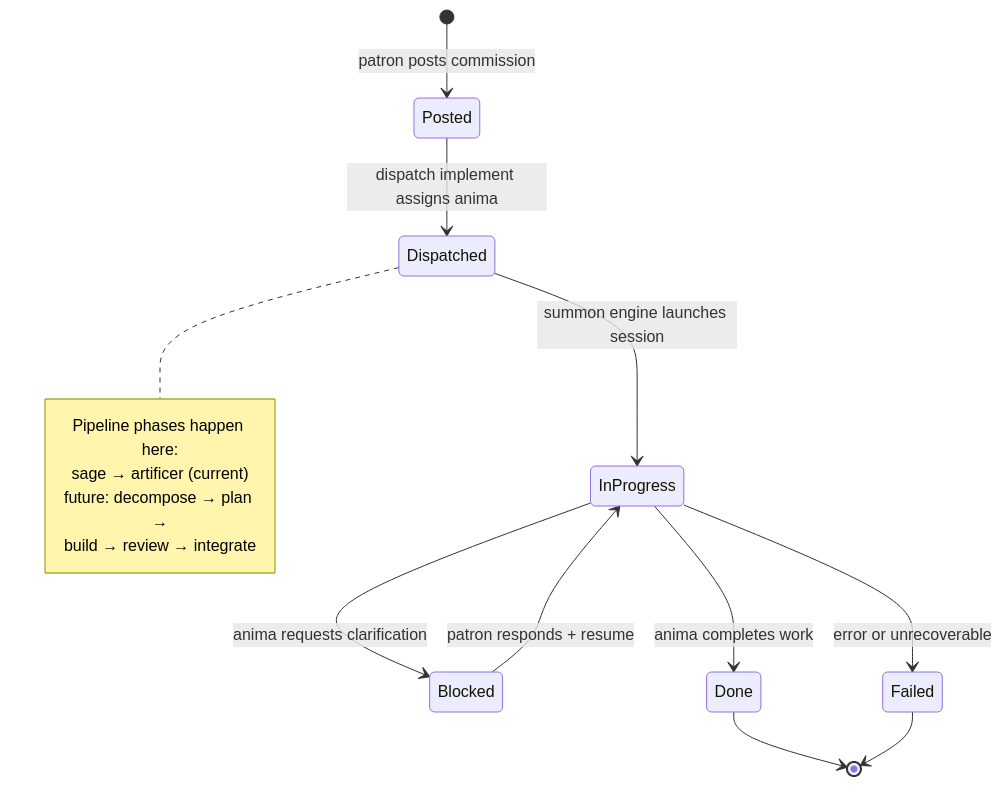
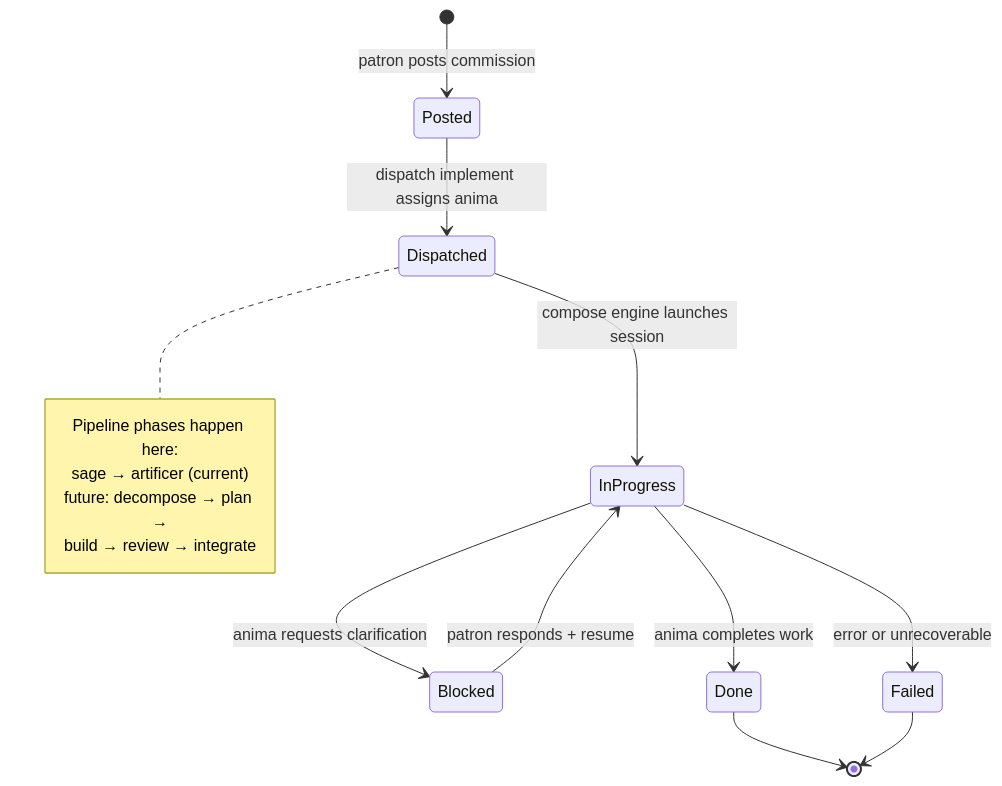
The third of 3 diagrams in .scratch/guild-architecture-diagrams.md (shardworks/nexus-mk2), drawn with Mermaid before and after one commit. The commit also changed other lines of this file and 6 other files, not shown here.

First line of the commit message:
refine vocabulary: promote terms to metaphor, remove stores, rename summon→compose

````diff
--- a/.scratch/guild-architecture-diagrams.md
+++ b/.scratch/guild-architecture-diagrams.md
@@ -139,22 +138,22 @@
 ```mermaid
 stateDiagram-v2
     [*] --> Posted: patron posts commission
     Posted --> Dispatched: dispatch implement assigns anima
-    Dispatched --> InProgress: summon engine launches session
+    Dispatched --> InProgress: compose engine launches session
 
     InProgress --> Blocked: anima requests clarification
     Blocked --> InProgress: patron responds + resume
 
     InProgress --> Done: anima completes work
     InProgress --> Failed: error or unrecoverable
 
     Done --> [*]
     Failed --> [*]
 
     note right of Dispatched
         Pipeline phases happen here:
         sage → artificer (current)
         future: decompose → plan →
         build → review → integrate
     end note
 ```
````
